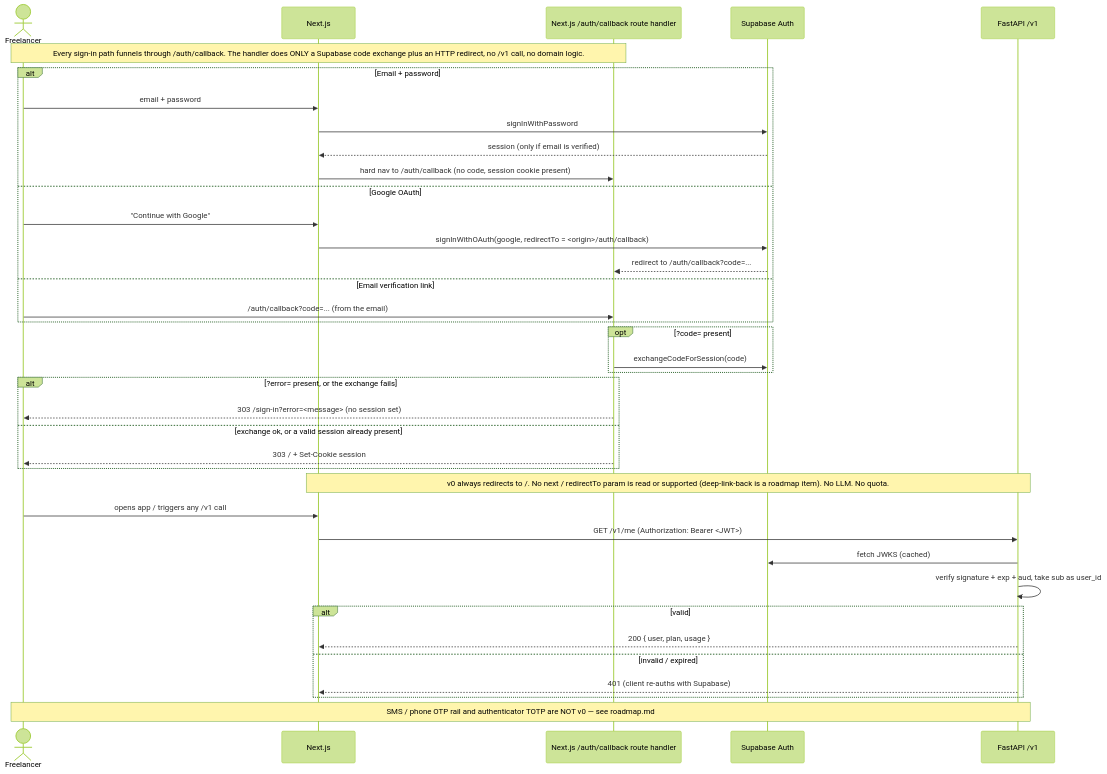
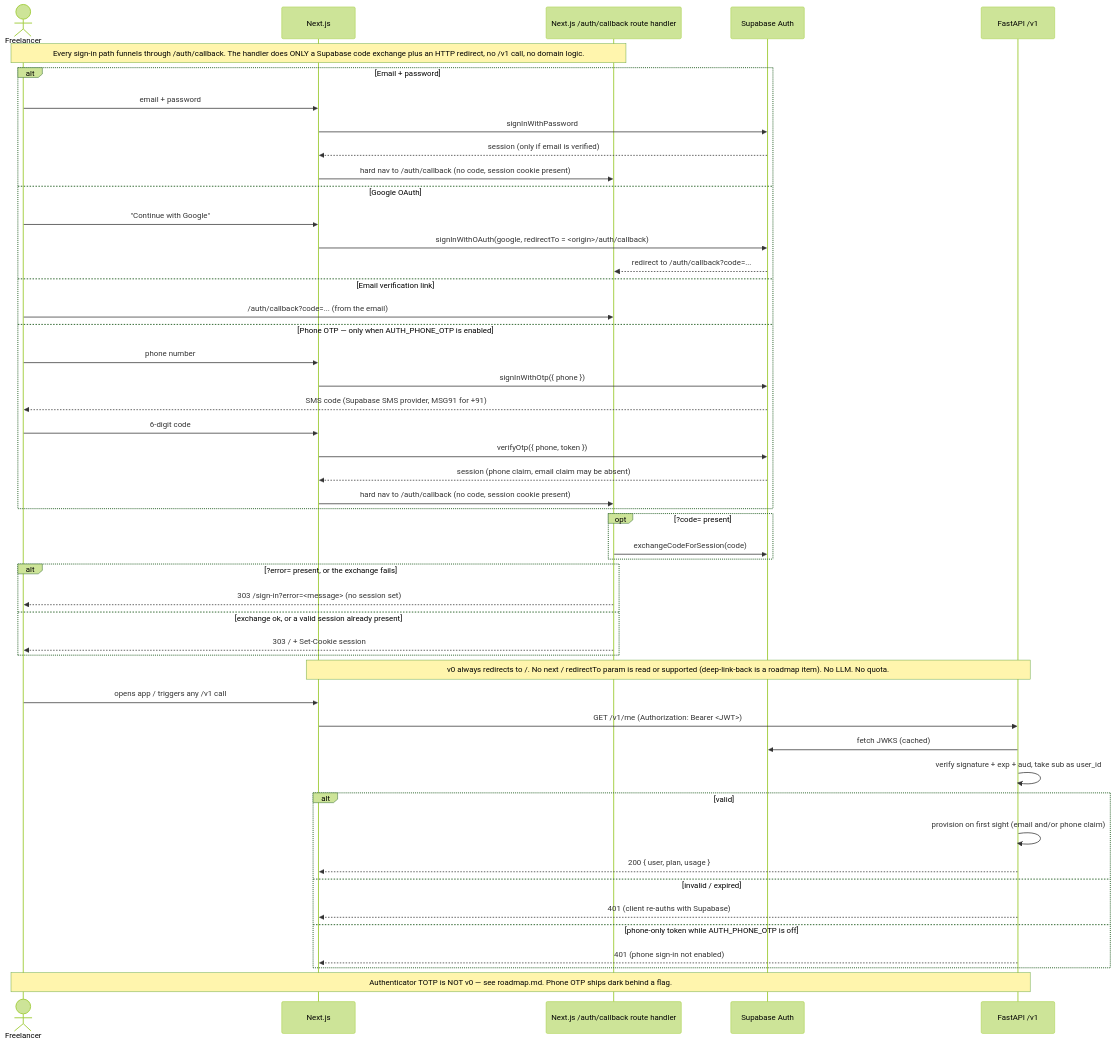
One commit to krishnaviswa/AIProposer changed the first of 8 diagrams in docs/architecture-sequences.md. Above: the diagram before and after it, drawn with Mermaid (forest theme). The commit also changed other lines of this file and 21 other files, not shown here.

First line of the commit message:
S-005: optional phone-OTP login (feature-flagged, ADR-003)

````diff
--- a/docs/architecture-sequences.md
+++ b/docs/architecture-sequences.md
@@ -36,44 +37,55 @@
 ```mermaid
 sequenceDiagram
     actor U as Freelancer
     participant W as Next.js
     participant CB as Next.js /auth/callback route handler
     participant Auth as Supabase Auth
     participant A as FastAPI /v1
 
     Note over U,CB: Every sign-in path funnels through /auth/callback. The handler does ONLY a Supabase code exchange plus an HTTP redirect, no /v1 call, no domain logic.
     alt Email + password
         U->>W: email + password
         W->>Auth: signInWithPassword
         Auth-->>W: session (only if email is verified)
         W->>CB: hard nav to /auth/callback (no code, session cookie present)
     else Google OAuth
         U->>W: "Continue with Google"
         W->>Auth: signInWithOAuth(google, redirectTo = <origin>/auth/callback)
         Auth-->>CB: redirect to /auth/callback?code=...
     else Email verification link
         U->>CB: /auth/callback?code=... (from the email)
+    else Phone OTP — only when AUTH_PHONE_OTP is enabled
+        U->>W: phone number
+        W->>Auth: signInWithOtp({ phone })
+        Auth-->>U: SMS code (Supabase SMS provider, MSG91 for +91)
+        U->>W: 6-digit code
+        W->>Auth: verifyOtp({ phone, token })
+        Auth-->>W: session (phone claim, email claim may be absent)
+        W->>CB: hard nav to /auth/callback (no code, session cookie present)
     end
 
     opt ?code= present
         CB->>Auth: exchangeCodeForSession(code)
     end
     alt ?error= present, or the exchange fails
         CB-->>U: 303 /sign-in?error=<message>  (no session set)
     else exchange ok, or a valid session already present
         CB-->>U: 303 /  + Set-Cookie session
     end
 
     Note over W,A: v0 always redirects to /. No next / redirectTo param is read or supported (deep-link-back is a roadmap item). No LLM. No quota.
     U->>W: opens app / triggers any /v1 call
     W->>A: GET /v1/me  (Authorization: Bearer <JWT>)
     A->>Auth: fetch JWKS (cached)
     A->>A: verify signature + exp + aud, take sub as user_id
     alt valid
+        A->>A: provision on first sight (email and/or phone claim)
         A-->>W: 200 { user, plan, usage }
     else invalid / expired
         A-->>W: 401 (client re-auths with Supabase)
+    else phone-only token while AUTH_PHONE_OTP is off
+        A-->>W: 401 (phone sign-in not enabled)
     end
 
-    Note over U,A: SMS / phone OTP rail and authenticator TOTP are NOT v0 — see roadmap.md
+    Note over U,A: Authenticator TOTP is NOT v0 — see roadmap.md. Phone OTP ships dark behind a flag.
 ```
````
